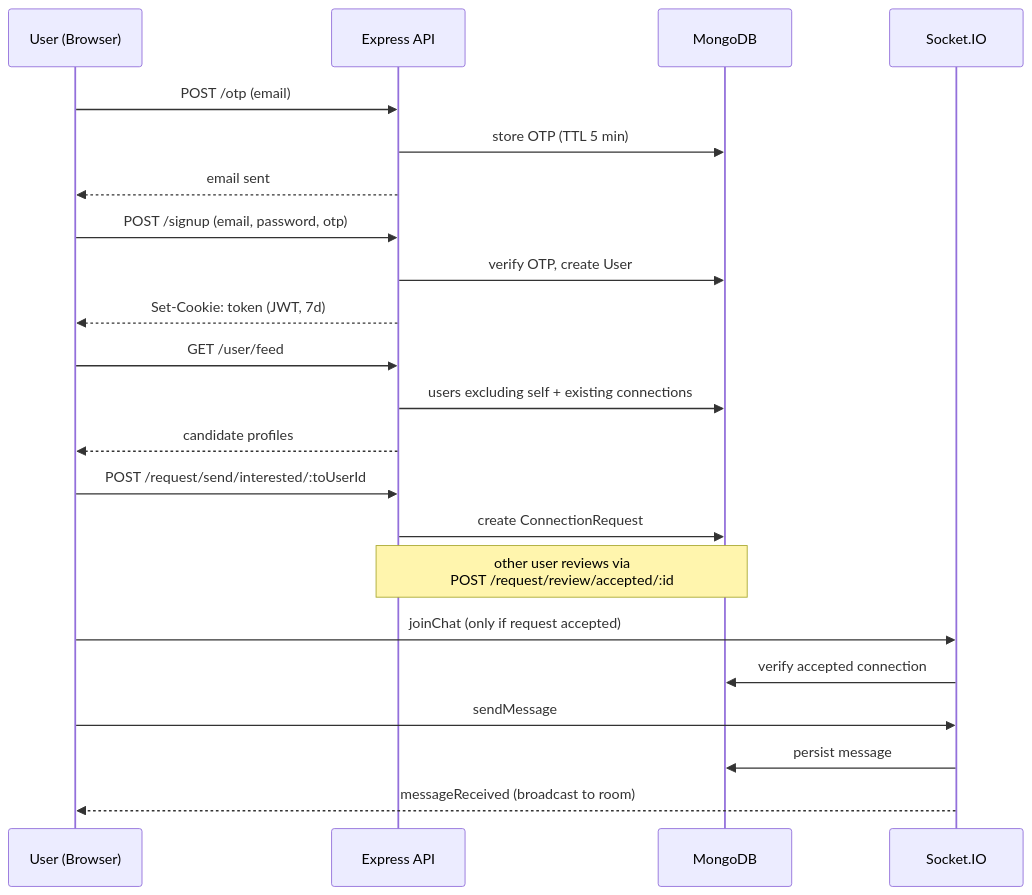
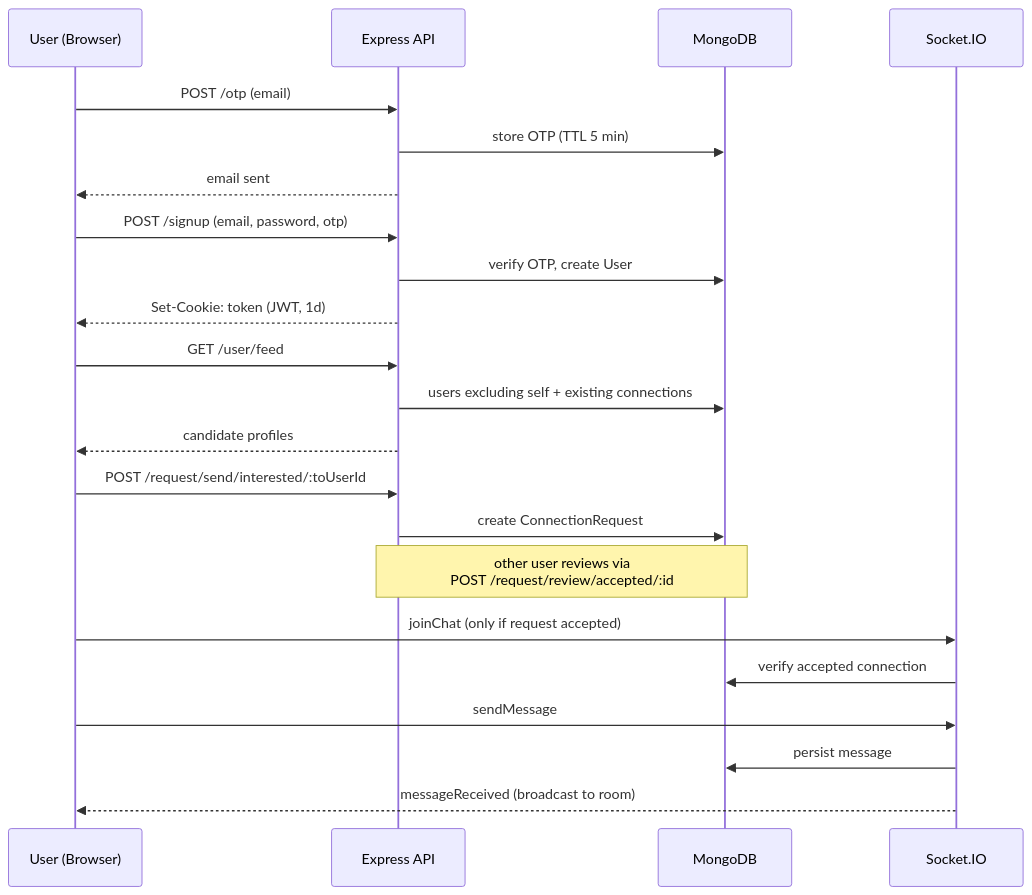
One commit to amanxsays/dev-Tinder-backend changed the second of 3 diagrams in README.md. Above: the diagram before and after it, drawn with Mermaid. The commit also changed other lines of this file and 9 other files, not shown here.

````diff
--- a/README.md
+++ b/README.md
@@ -51,29 +57,29 @@
 ```mermaid
 sequenceDiagram
     participant U as User (Browser)
     participant API as Express API
     participant DB as MongoDB
     participant WS as Socket.IO
 
     U->>API: POST /otp (email)
     API->>DB: store OTP (TTL 5 min)
     API-->>U: email sent
 
     U->>API: POST /signup (email, password, otp)
     API->>DB: verify OTP, create User
-    API-->>U: Set-Cookie: token (JWT, 7d)
+    API-->>U: Set-Cookie: token (JWT, 1d)
 
     U->>API: GET /user/feed
     API->>DB: users excluding self + existing connections
     API-->>U: candidate profiles
 
     U->>API: POST /request/send/interested/:toUserId
     API->>DB: create ConnectionRequest
     Note over API,DB: other user reviews via<br/>POST /request/review/accepted/:id
 
     U->>WS: joinChat (only if request accepted)
     WS->>DB: verify accepted connection
     U->>WS: sendMessage
     WS->>DB: persist message
     WS-->>U: messageReceived (broadcast to room)
 ```
````
